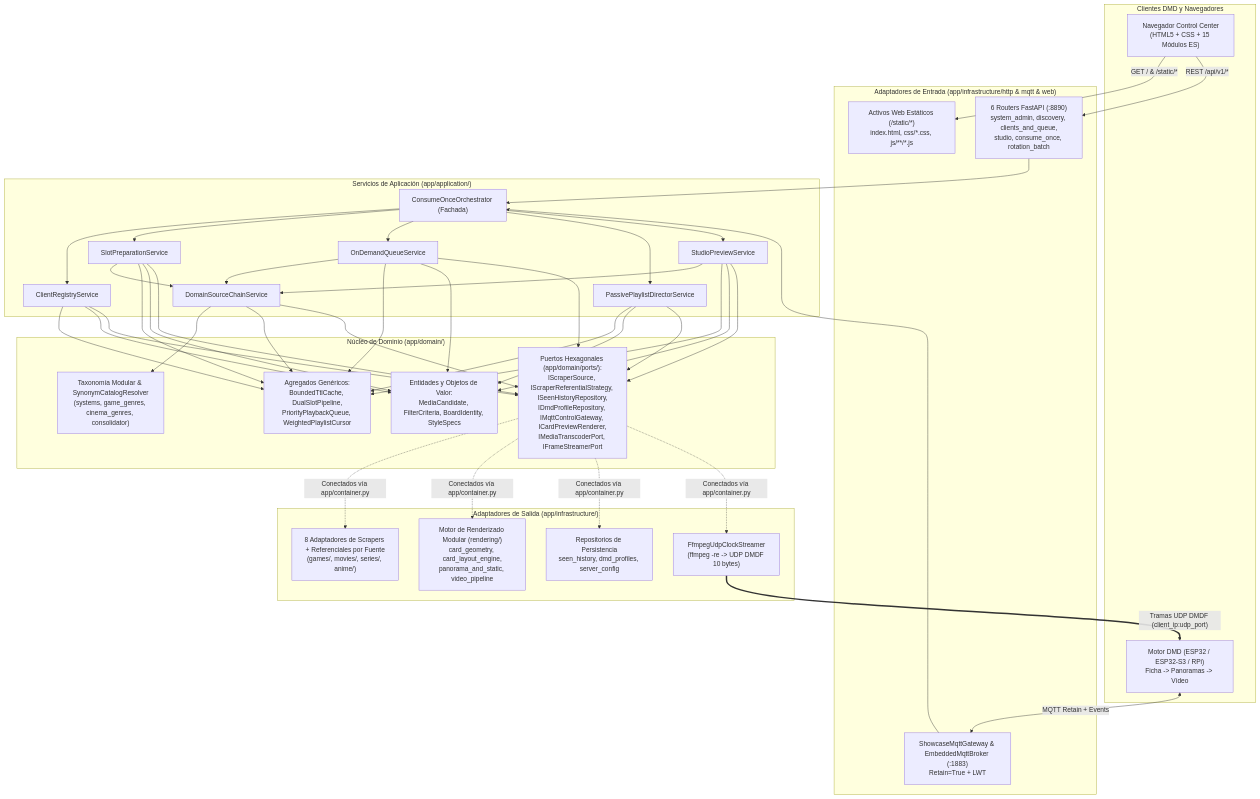
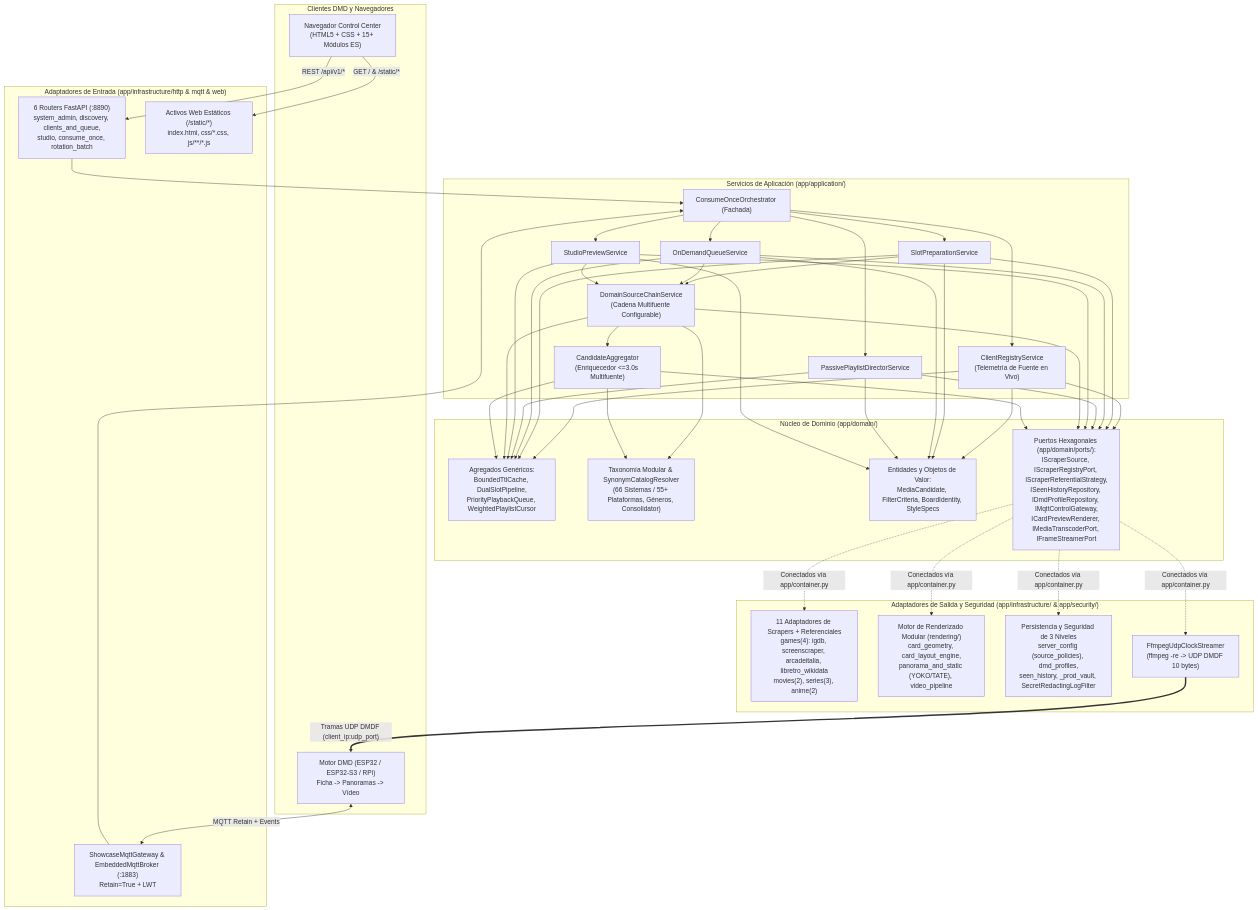
Before and after one commit to red77290/dmd_media_showcase: the first of 2 diagrams in docs/ARCHITECTURE_ES.md, drawn with Mermaid. The commit also changed other lines of this file and 88 other files, not shown here.

````diff
--- a/docs/ARCHITECTURE_ES.md
+++ b/docs/ARCHITECTURE_ES.md
@@ -18,49 +18,51 @@
 ```mermaid
 flowchart TD
     subgraph DMD["Clientes DMD y Navegadores"]
-        BROWSER["Navegador Control Center\n(HTML5 + CSS + 15 Módulos ES)"]
+        BROWSER["Navegador Control Center\n(HTML5 + CSS + 15+ Módulos ES)"]
         ENG["Motor DMD (ESP32 / ESP32-S3 / RPi)\nFicha -> Panoramas -> Vídeo"]
     end
 
     subgraph INFRA_IN["Adaptadores de Entrada (app/infrastructure/http & mqtt & web)"]
         ROUTERS["6 Routers FastAPI (:8890)\nsystem_admin, discovery, clients_and_queue,\nstudio, consume_once, rotation_batch"]
         STATIC["Activos Web Estáticos (/static/*)\nindex.html, css/*.css, js/**/*.js"]
         MQTT["ShowcaseMqttGateway & EmbeddedMqttBroker (:1883)\nRetain=True + LWT"]
     end
 
     subgraph APP["Servicios de Aplicación (app/application/)"]
         ORCH["ConsumeOnceOrchestrator (Fachada)"]
-        REG_SVC["ClientRegistryService"]
+        REG_SVC["ClientRegistryService\n(Telemetría de Fuente en Vivo)"]
         PREP_SVC["SlotPreparationService"]
         QUEUE_SVC["OnDemandQueueService"]
         DIR_SVC["PassivePlaylistDirectorService"]
         STUDIO_SVC["StudioPreviewService"]
-        CHAIN["DomainSourceChainService"]
+        CHAIN["DomainSourceChainService\n(Cadena Multifuente Configurable)"]
+        AGG_SVC["CandidateAggregator\n(Enriquecedor <=3.0s Multifuente)"]
     end
 
     subgraph DOMAIN["Núcleo de Dominio (app/domain/)"]
         AGG["Agregados Genéricos:\nBoundedTtlCache, DualSlotPipeline,\nPriorityPlaybackQueue, WeightedPlaylistCursor"]
-        TAX["Taxonomía Modular & SynonymCatalogResolver\n(systems, game_genres, cinema_genres, consolidator)"]
+        TAX["Taxonomía Modular & SynonymCatalogResolver\n(66 Sistemas / 55+ Plataformas, Géneros, Consolidator)"]
         VO["Entidades y Objetos de Valor:\nMediaCandidate, FilterCriteria, BoardIdentity, StyleSpecs"]
-        PORTS["Puertos Hexagonales (app/domain/ports/):\nIScraperSource, IScraperReferentialStrategy, ISeenHistoryRepository,\nIDmdProfileRepository, IMqttControlGateway, ICardPreviewRenderer,\nIMediaTranscoderPort, IFrameStreamerPort"]
+        PORTS["Puertos Hexagonales (app/domain/ports/):\nIScraperSource, IScraperRegistryPort, IScraperReferentialStrategy,\nISeenHistoryRepository, IDmdProfileRepository, IMqttControlGateway,\nICardPreviewRenderer, IMediaTranscoderPort, IFrameStreamerPort"]
     end
 
-    subgraph INFRA_OUT["Adaptadores de Salida (app/infrastructure/)"]
-        SCRAPERS["8 Adaptadores de Scrapers + Referenciales por Fuente\n(games/, movies/, series/, anime/)"]
-        RENDER["Motor de Renderizado Modular (rendering/)\ncard_geometry, card_layout_engine,\npanorama_and_static, video_pipeline"]
-        PERSIST["Repositorios de Persistencia\nseen_history, dmd_profiles, server_config"]
+    subgraph INFRA_OUT["Adaptadores de Salida y Seguridad (app/infrastructure/ & app/security/)"]
+        SCRAPERS["11 Adaptadores de Scrapers + Referenciales\ngames(4): igdb, screenscraper, arcadeitalia, libretro_wikidata\nmovies(2), series(3), anime(2)"]
+        RENDER["Motor de Renderizado Modular (rendering/)\ncard_geometry, card_layout_engine,\npanorama_and_static (YOKO/TATE), video_pipeline"]
+        PERSIST["Persistencia y Seguridad de 3 Niveles\nserver_config (source_policies), dmd_profiles,\nseen_history, _prod_vault, SecretRedactingLogFilter"]
         UDP["FfmpegUdpClockStreamer\n(ffmpeg -re -> UDP DMDF 10 bytes)"]
     end
 
     BROWSER -->|"GET / & /static/*"| STATIC
     BROWSER -->|"REST /api/v1/*"| ROUTERS
     ENG <-->|"MQTT Retain + Events"| MQTT
     ROUTERS --> ORCH
     MQTT --> ORCH
     ORCH --> REG_SVC & PREP_SVC & QUEUE_SVC & DIR_SVC & STUDIO_SVC
     PREP_SVC & QUEUE_SVC & STUDIO_SVC --> CHAIN
+    CHAIN --> AGG_SVC
     REG_SVC & PREP_SVC & QUEUE_SVC & DIR_SVC & STUDIO_SVC --> AGG & VO & PORTS
-    CHAIN --> TAX & AGG & PORTS
+    CHAIN & AGG_SVC --> TAX & AGG & PORTS
     PORTS -.->|"Conectados vía app/container.py"| SCRAPERS & RENDER & PERSIST & UDP
     UDP ==>|"Tramas UDP DMDF (client_ip:udp_port)"| ENG
 ```
````
